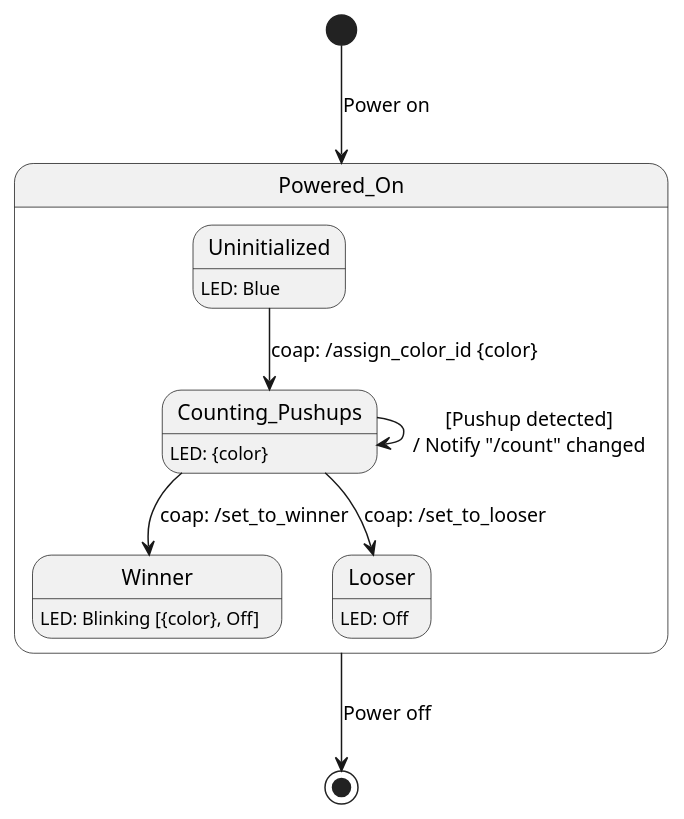
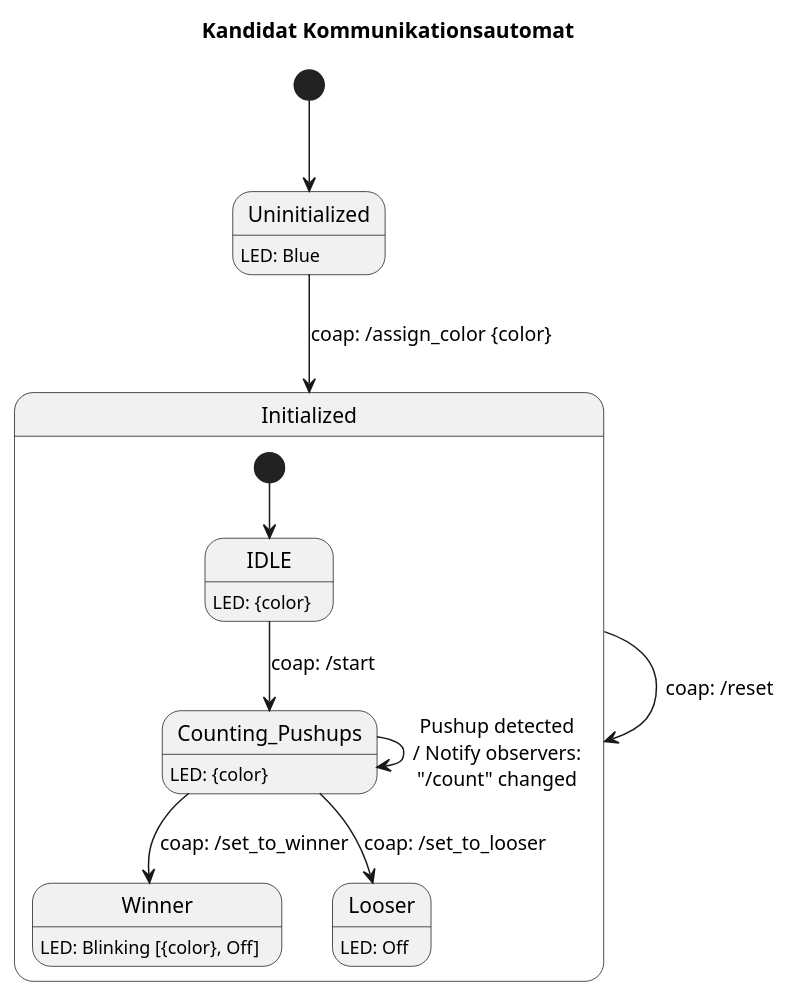
Before and after one commit to friedrichdudda/AIT05: the diagram in pushup_contest/docs/communication_state_machine.puml, drawn with PlantUML. The commit also changed 1 other file, not shown here.

```diff
--- a/pushup_contest/docs/communication_state_machine.puml
+++ b/pushup_contest/docs/communication_state_machine.puml
@@ -1,15 +1,19 @@
 @startuml Kommunikation
-[*] --> Powered_On: Power on
-state Powered_On {
-    Uninitialized : LED: Blue
+title Kandidat Kommunikationsautomat
+[*] --> Uninitialized
+Uninitialized : LED: Blue
+Uninitialized--> Initialized: coap: /assign_color {color}
+state Initialized {
+    IDLE : LED: {color}
     Counting_Pushups: LED: {color}
     Winner: LED: Blinking [{color}, Off]
     Looser: LED: Off
 
-    Uninitialized--> Counting_Pushups: coap: /assign_color_id {color}
-    Counting_Pushups --> Counting_Pushups: [Pushup detected]\n/ Notify "/count" changed
+    [*] --> IDLE
+    IDLE --> Counting_Pushups: coap: /start
+    Counting_Pushups --> Counting_Pushups: Pushup detected\n/ Notify observers:\n"/count" changed
     Counting_Pushups --> Winner: coap: /set_to_winner
     Counting_Pushups --> Looser: coap: /set_to_looser
 }
-Powered_On --> [*]: Power off
+Initialized --> Initialized: coap: /reset
 @enduml
```
